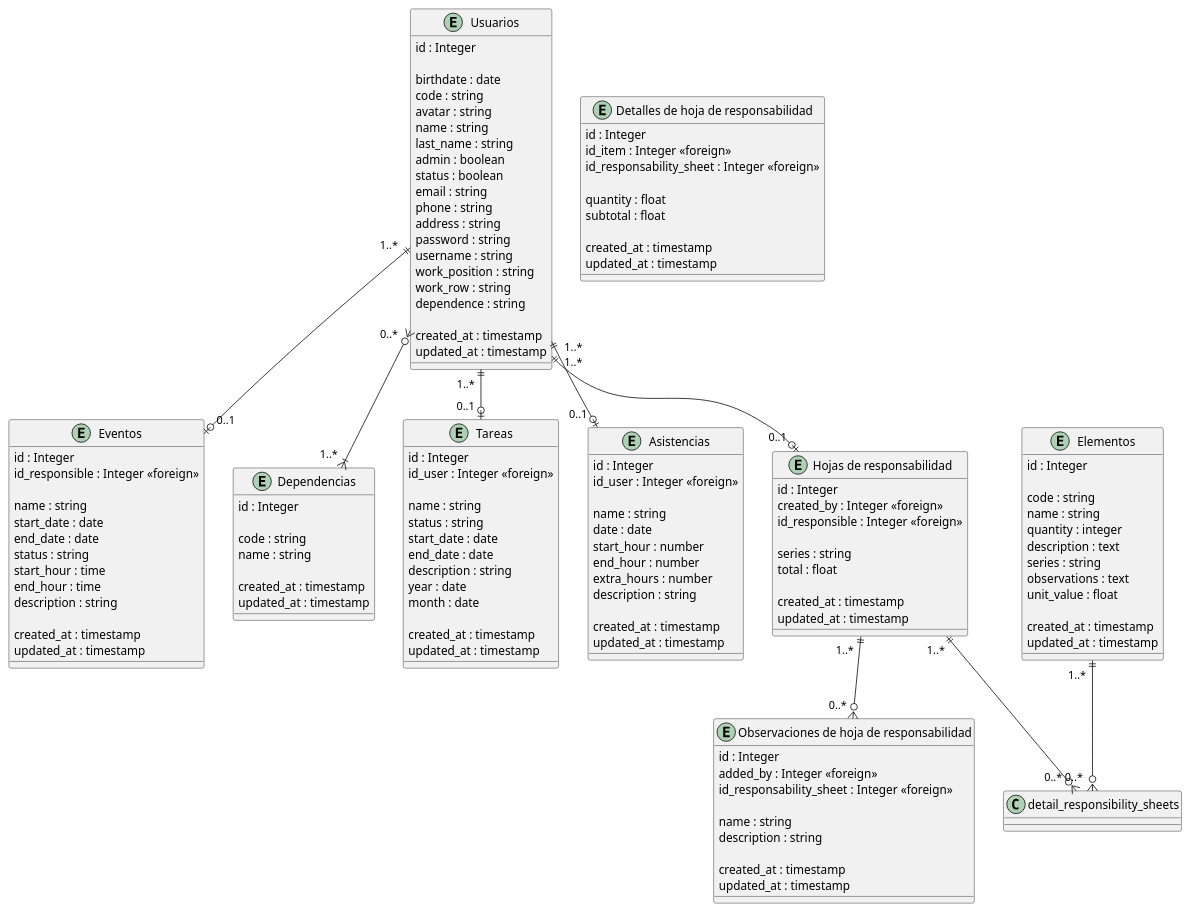
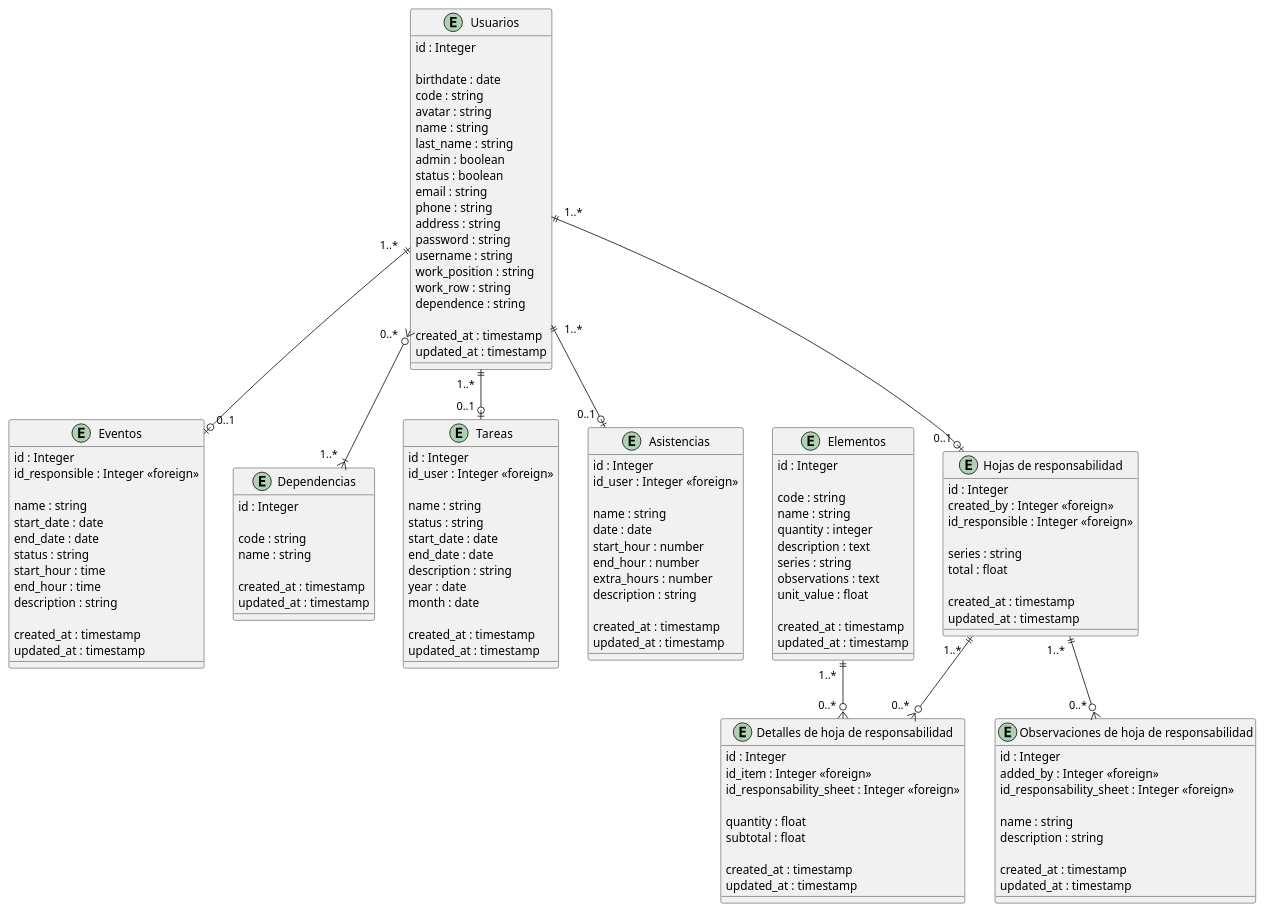
Before and after one commit to JuanVicGT/Responsabilidades: the diagram in docs/Clases/DC 2 - Identificación de entidades.plantuml, drawn with PlantUML. The commit also changed 12 other files, not shown here.

```diff
--- a/docs/Clases/DC 2 - Identificación de entidades.plantuml
+++ b/docs/Clases/DC 2 - Identificación de entidades.plantuml
@@ -1,147 +1,147 @@
-@startuml "DC 01 - Identificación de entidades"
+@startuml "DC 02 - Identificación de entidades"
 
 /' === Fuertes === '/
 entity users as "Usuarios" {
     id : Integer
 
     birthdate : date
     code : string
     avatar : string
     name : string
     last_name : string
     admin : boolean
     status : boolean
     email : string
     phone : string
     address : string
     password : string
     username : string
     work_position : string
     work_row : string
     dependence : string
 
     created_at : timestamp
     updated_at : timestamp
 }
 
 entity events as "Eventos" {
     id : Integer
     id_responsible : Integer <<foreign>>
 
     name : string
     start_date : date
     end_date : date
     status : string
     start_hour : time
     end_hour : time
     description : string
 
     created_at : timestamp
     updated_at : timestamp
 }
 
 entity dependences as "Dependencias" {
     id : Integer
 
     code : string
     name : string
 
     created_at : timestamp
     updated_at : timestamp
 }
 
 entity items as "Elementos" {
     id : Integer
 
     code : string
     name : string
     quantity : integer
     description : text
     series : string
     observations : text
     unit_value : float
 
     created_at : timestamp
     updated_at : timestamp
 }
 
 /' === Debiles === '/
 entity todos as "Tareas" {
     id : Integer
     id_user : Integer <<foreign>>
 
     name : string
     status : string
     start_date : date
     end_date : date
     description : string
     year : date
     month : date
 
     created_at : timestamp
     updated_at : timestamp
 }
 
 entity attendances as "Asistencias" {
     id : Integer
     id_user : Integer <<foreign>>
 
     name : string
     date : date
     start_hour : number
     end_hour : number
     extra_hours : number
     description : string
 
     created_at : timestamp
     updated_at : timestamp
 }
 
 entity responsability_sheets as "Hojas de responsabilidad" {
     id : Integer
     created_by : Integer <<foreign>>
     id_responsible : Integer <<foreign>>
 
     series : string
     total : float
 
     created_at : timestamp
     updated_at : timestamp
 }
 
 entity line_responsibility_sheets as "Detalles de hoja de responsabilidad" {
     id : Integer
     id_item : Integer <<foreign>>
     id_responsability_sheet : Integer <<foreign>>
 
     quantity : float
     subtotal : float
 
     created_at : timestamp
     updated_at : timestamp
 }
 
 entity observation_responsibility_sheets as "Observaciones de hoja de responsabilidad" {
     id : Integer
     added_by : Integer <<foreign>>
     id_responsability_sheet : Integer <<foreign>>
 
     name : string
     description : string
 
     created_at : timestamp
     updated_at : timestamp
 }
 
 /' === Relaciones === '/
 users "  0..*  " }o--|{ "  1..*  " dependences
 users "  1..*  " ||--o| "  0..1  " events
 users "  1..*  " ||--o| "  0..1  " todos
 users "  1..*  " ||--o| "  0..1  " attendances
 users "  1..*  " ||--o| "  0..1  " responsability_sheets
 
-responsability_sheets "  1..*  " ||--o{ "  0..*  " detail_responsibility_sheets
+responsability_sheets "  1..*  " ||--o{ "  0..*  " line_responsibility_sheets
 responsability_sheets "  1..*  " ||--o{ "  0..*  " observation_responsibility_sheets
-items "  1..*  " ||--o{ "  0..*  " detail_responsibility_sheets
+items "  1..*  " ||--o{ "  0..*  " line_responsibility_sheets
 
 @enduml
```
